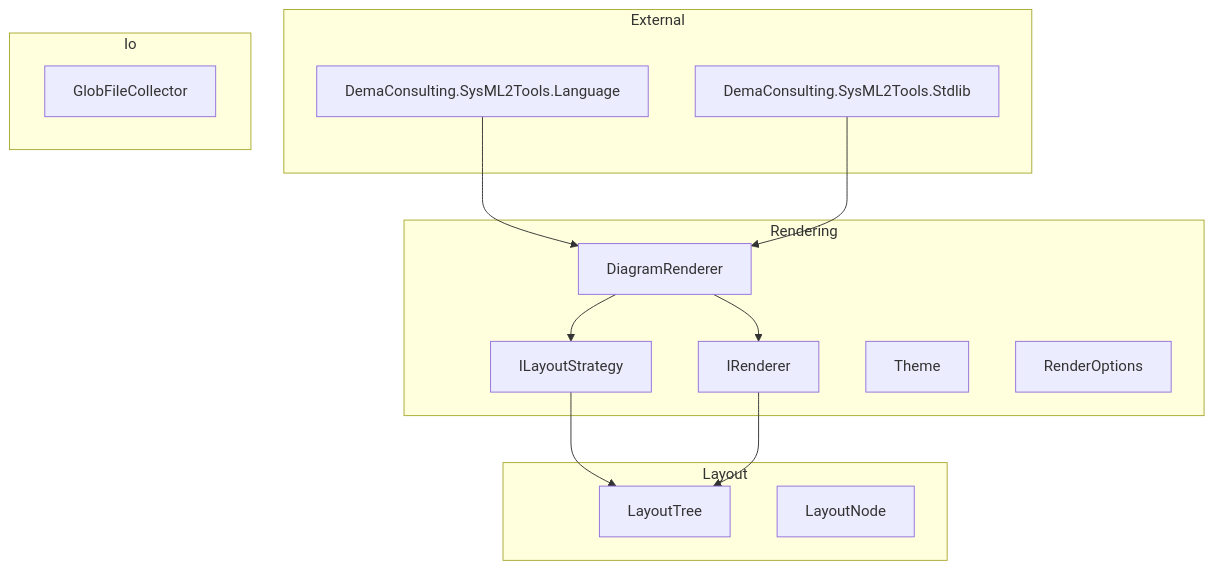
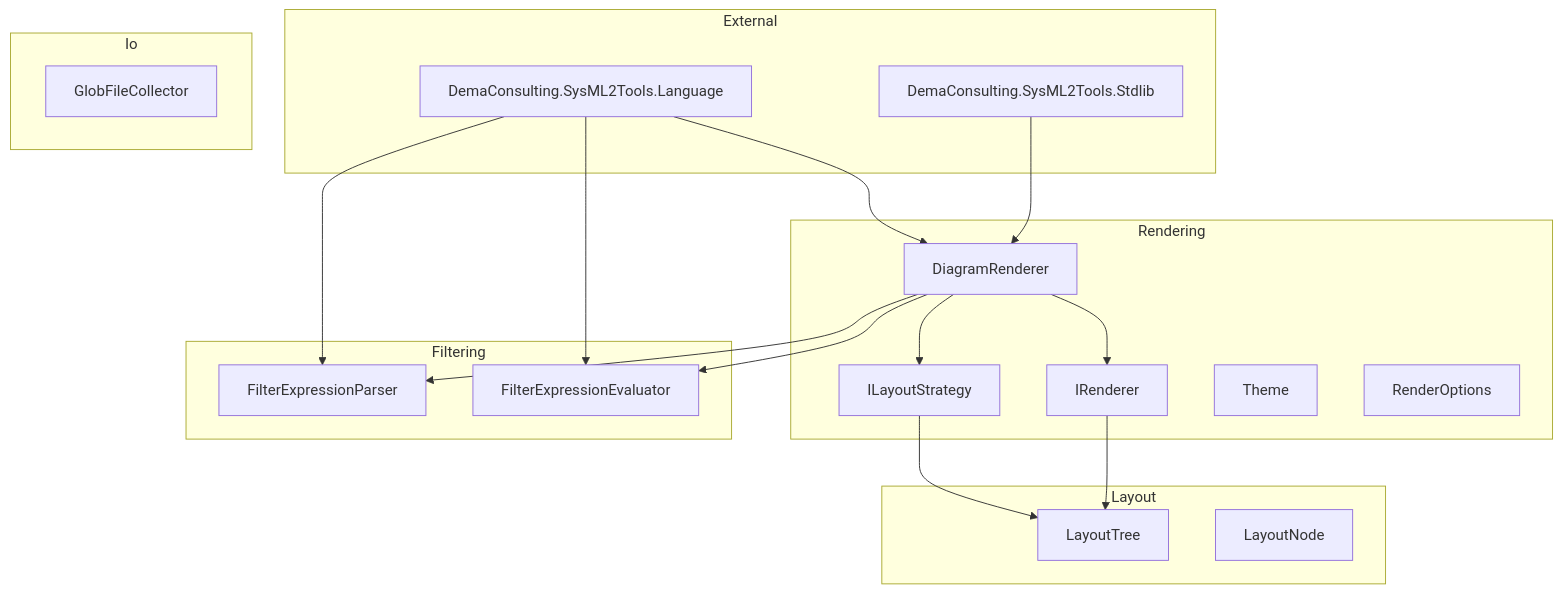
The diagram in docs/design/sysml2-tools-core.md (demaconsulting/SysML2Tools), drawn with Mermaid before and after one commit. The commit also changed other lines of this file and 43 other files, not shown here.

````diff
--- a/docs/design/sysml2-tools-core.md
+++ b/docs/design/sysml2-tools-core.md
@@ -21,27 +23,35 @@
 ```mermaid
 flowchart TD
     subgraph External
         Language["DemaConsulting.SysML2Tools.Language"]
         Stdlib["DemaConsulting.SysML2Tools.Stdlib"]
+    end
+    subgraph Filtering
+        FilterExpressionParser
+        FilterExpressionEvaluator
     end
     subgraph Layout
         LayoutTree
         LayoutNode
     end
     subgraph Rendering
         DiagramRenderer
         ILayoutStrategy
         IRenderer
         Theme
         RenderOptions
     end
     subgraph Io
         GlobFileCollector
     end
+    Language --> FilterExpressionParser
+    Language --> FilterExpressionEvaluator
     Language --> DiagramRenderer
     Stdlib --> DiagramRenderer
+    DiagramRenderer --> FilterExpressionParser
+    DiagramRenderer --> FilterExpressionEvaluator
     DiagramRenderer --> ILayoutStrategy
     DiagramRenderer --> IRenderer
     ILayoutStrategy --> LayoutTree
     IRenderer --> LayoutTree
 ```
````
